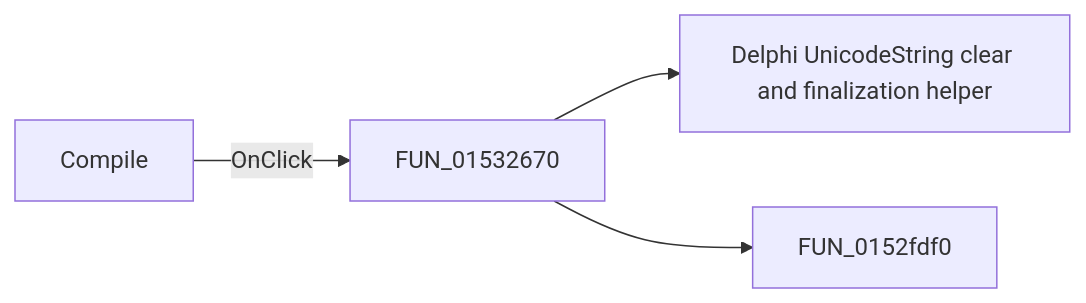
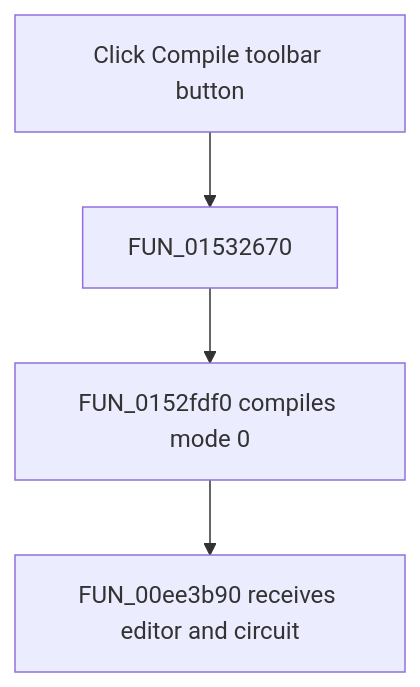
One commit to MovGP0/TIARA changed the diagram in docs/ui-controls/netlisteditor/compilebutton-b113b61244.md. Above: the diagram before and after it, drawn with Mermaid. The commit also changed other lines of this file and 1062 other files, not shown here.

````diff
--- a/docs/ui-controls/netlisteditor/compilebutton-b113b61244.md
+++ b/docs/ui-controls/netlisteditor/compilebutton-b113b61244.md
@@ -27,6 +29,6 @@
 ```mermaid
-flowchart LR
-    control["Compile"] -->|OnClick| handler["FUN_01532670"]
-    handler --> call1["Delphi UnicodeString clear and finalization helper"]
-    handler --> call2["FUN_0152fdf0"]
+flowchart TD
+    control["Click Compile toolbar button"] --> handler["FUN_01532670"]
+    handler --> compile["FUN_0152fdf0 compiles mode 0"]
+    compile --> engine["FUN_00ee3b90 receives editor and circuit"]
 ```
````
